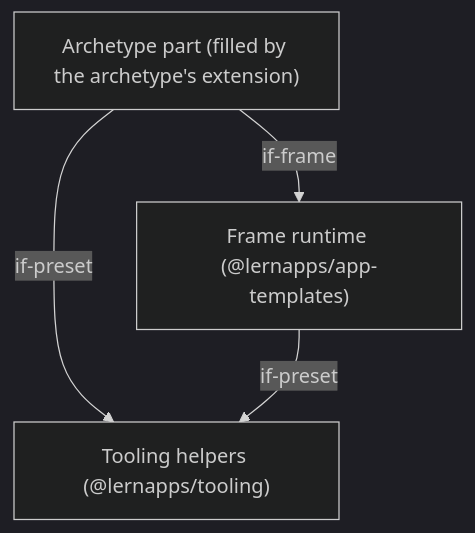
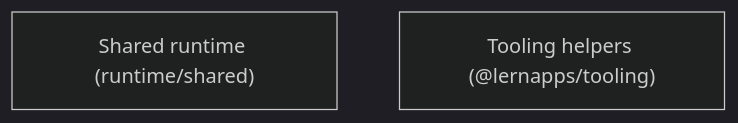
One commit to lernapps/app-templates changed the diagram in docs/arc42/05-building-blocks.arc42.md. Above: the diagram before and after it, drawn with Mermaid (dark theme). The commit also changed other lines of this file and 36 other files, not shown here.

First line of the commit message:
docs(arc42): strict architecture for every archetype, gated in pre-commit and CI

````diff
--- a/docs/arc42/05-building-blocks.arc42.md
+++ b/docs/arc42/05-building-blocks.arc42.md
@@ -20,9 +26,5 @@
 ```mermaid
 flowchart TB
-    bb-archetype["Archetype part (filled by the archetype's extension)"]
-    bb-runtime["Frame runtime (@lernapps/app-templates)"]
+    bb-runtime["Shared runtime (runtime/shared)"]
     bb-tooling["Tooling helpers (@lernapps/tooling)"]
-    bb-archetype -->|"if-frame"| bb-runtime
-    bb-archetype -->|"if-preset"| bb-tooling
-    bb-runtime -->|"if-preset"| bb-tooling
 ```
````
